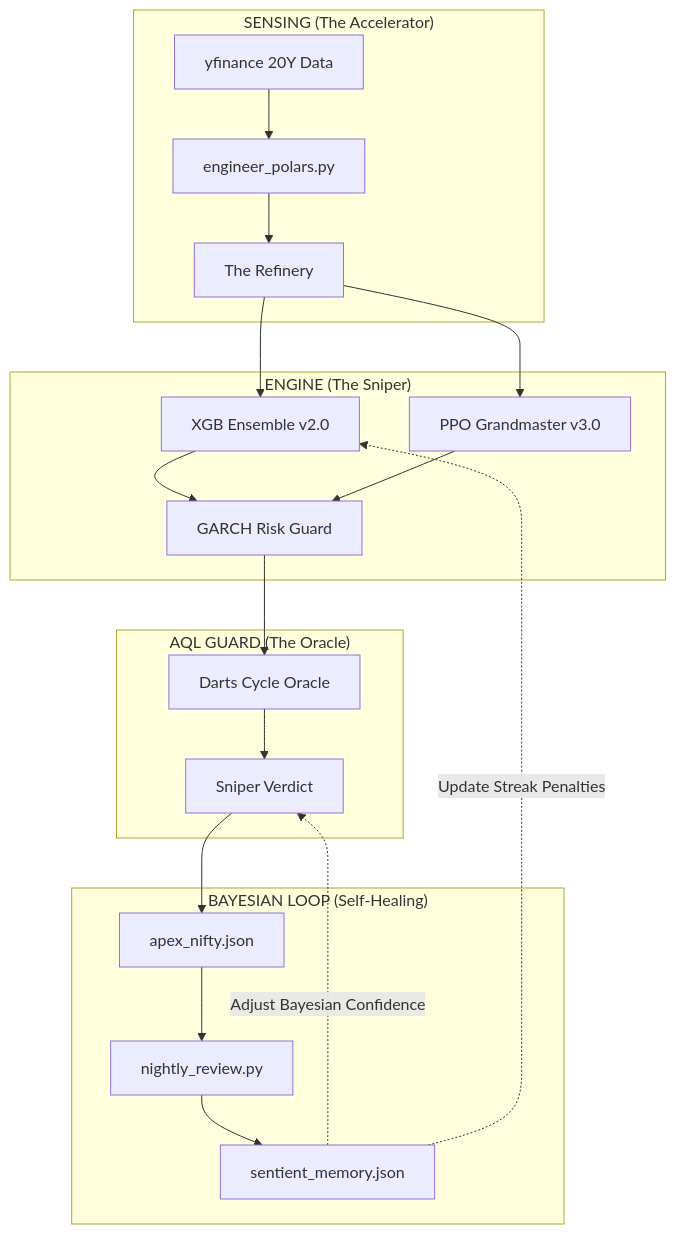
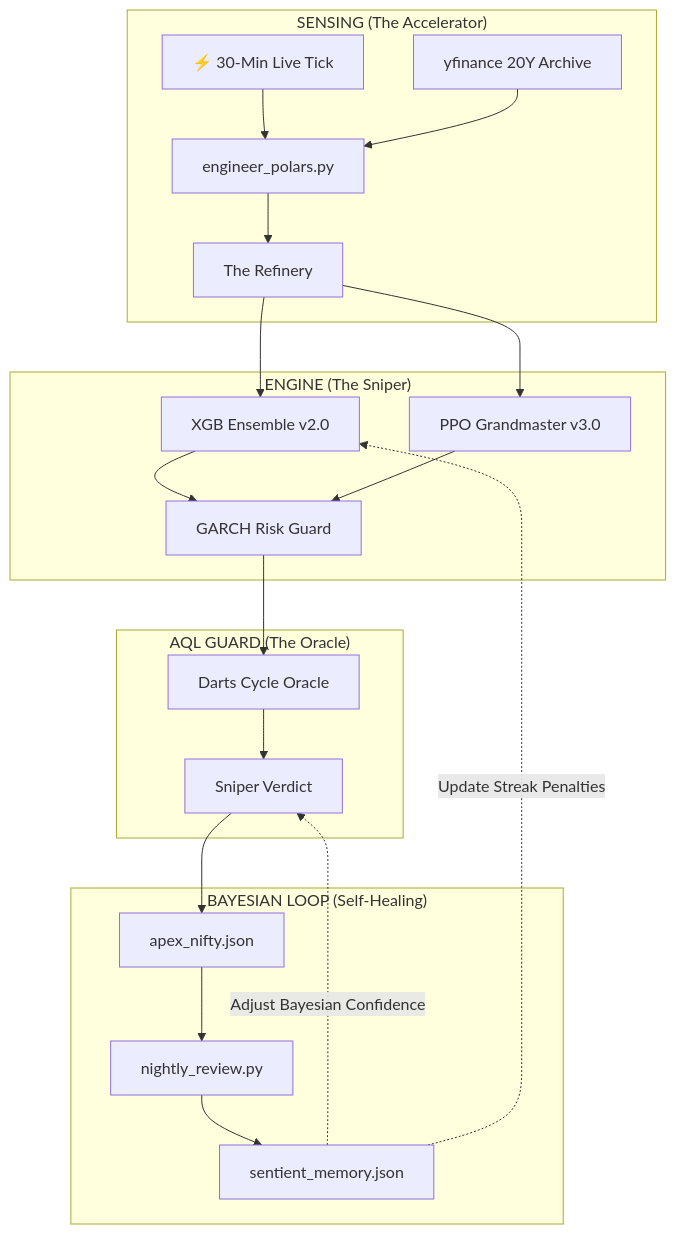
The fourth of 4 diagrams in README.md (pravindev666/Tradyx-Aleph), drawn with Mermaid before and after one commit. The commit also changed other lines of this file, not shown here.

````diff
--- a/README.md
+++ b/README.md
@@ -117,27 +121,28 @@
 ```mermaid
 graph TD
     subgraph "SENSING (The Accelerator)"
-        A_YF[yfinance 20Y Data] --> A_POL[engineer_polars.py]
-        A_POL --> A_REF[The Refinery]
+        A_LIVE[⚡ 30-Min Live Tick] --> A_POL
+        A_ARCH[yfinance 20Y Archive] --> A_POL
+        A_POL[engineer_polars.py] --> A_REF[The Refinery]
     end
 
     subgraph "ENGINE (The Sniper)"
         A_REF --> A_XGB[XGB Ensemble v2.0]
         A_REF --> A_PPO[PPO Grandmaster v3.0]
         A_XGB & A_PPO --> A_RISK[GARCH Risk Guard]
     end
 
     subgraph "AQL GUARD (The Oracle)"
         A_RISK --> A_DAR[Darts Cycle Oracle]
         A_DAR --> A_SNIP[Sniper Verdict]
     end
 
     subgraph "BAYESIAN LOOP (Self-Healing)"
         A_SNIP --> A_OUT[apex_nifty.json]
         A_OUT --> A_NIGHT[nightly_review.py]
         A_NIGHT --> A_MEM[sentient_memory.json]
         
         A_MEM -.->|Adjust Bayesian Confidence| A_SNIP
         A_MEM -.->|Update Streak Penalties| A_XGB
     end
 ```
````
